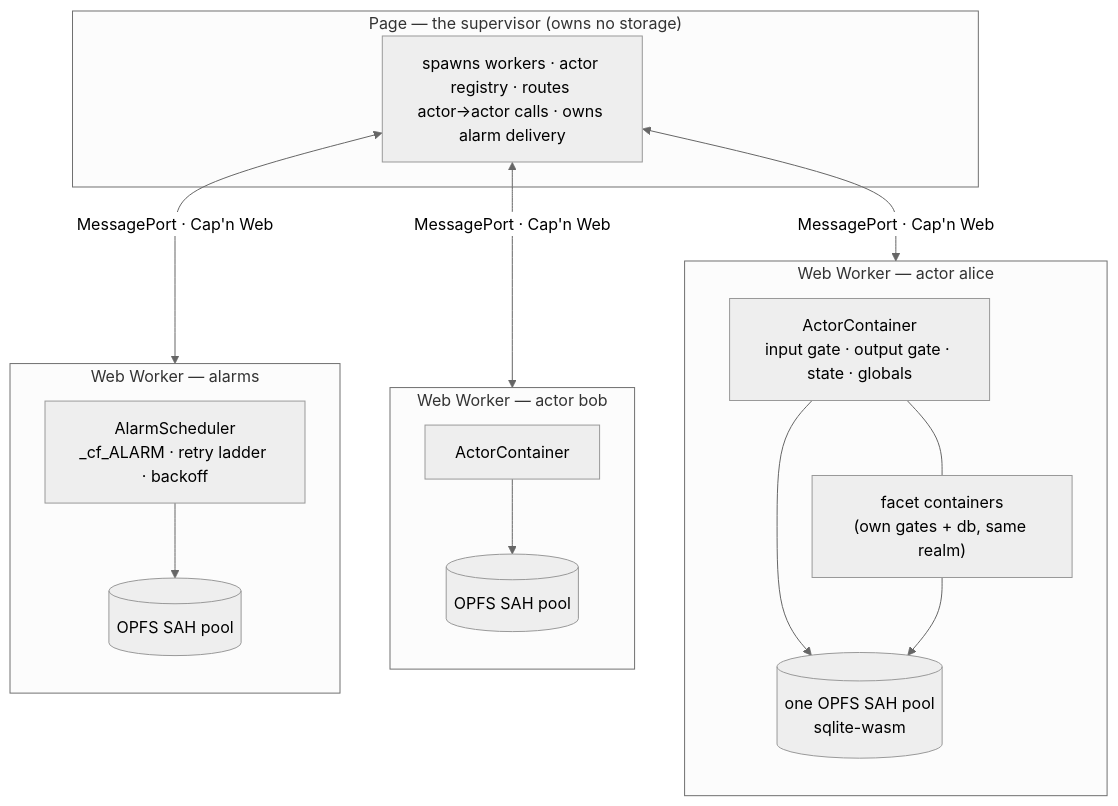
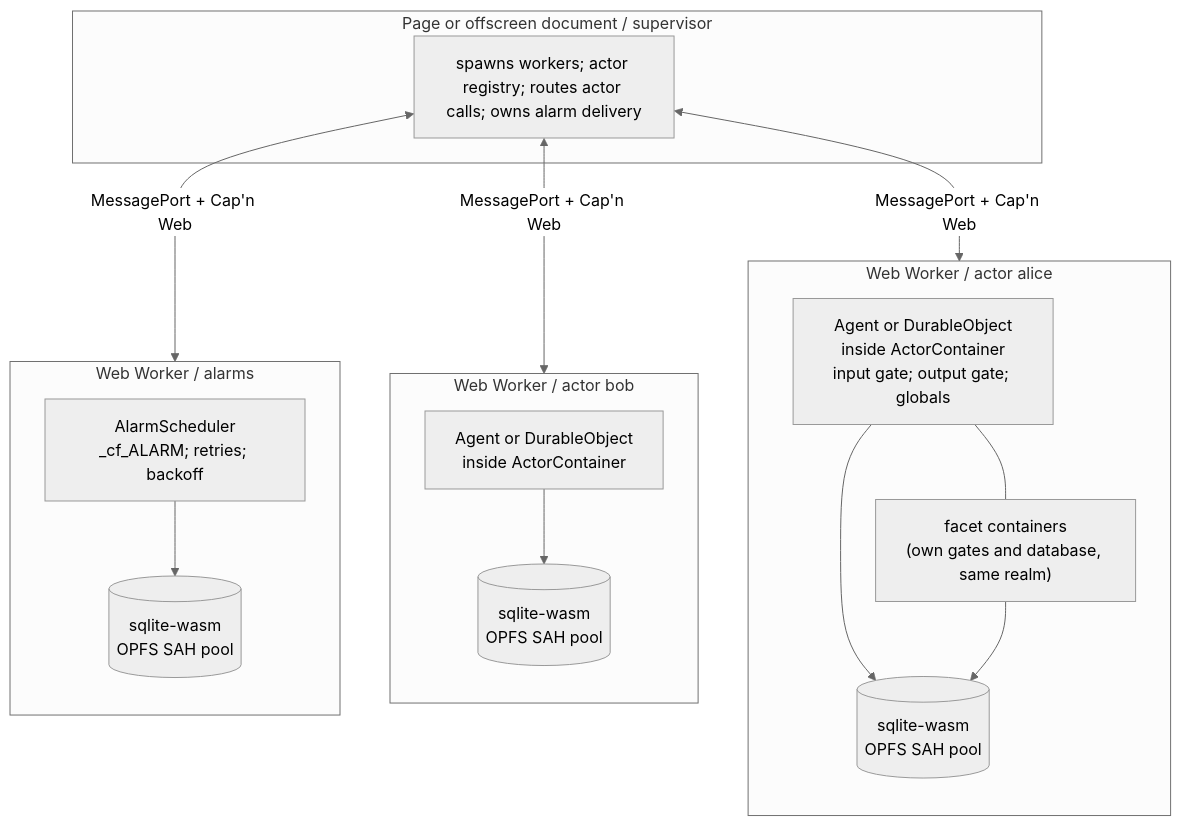
One commit to WebMCP-org/do-runtime changed the diagram in README.md. Above: the diagram before and after it, drawn with Mermaid (neutral theme). The commit also changed other lines of this file, not shown here.

````diff
--- a/README.md
+++ b/README.md
@@ -50,34 +68,34 @@
 ```mermaid
 flowchart TB
-  subgraph page["Page — the supervisor (owns no storage)"]
-    S["spawns workers · actor registry · routes actor→actor calls · owns alarm delivery"]
+  subgraph page["Page or offscreen document / supervisor"]
+    S["spawns workers; actor registry; routes actor calls; owns alarm delivery"]
   end
 
-  subgraph wa["Web Worker — actor alice"]
+  subgraph wa["Web Worker / actor alice"]
     direction TB
-    Ca["ActorContainer<br/>input gate · output gate · state · globals"]
-    Fa["facet containers<br/>(own gates + db, same realm)"]
-    Pa[("one OPFS SAH pool<br/>sqlite-wasm")]
+    Ca["Agent or DurableObject<br/>inside ActorContainer<br/>input gate; output gate; globals"]
+    Fa["facet containers<br/>(own gates and database, same realm)"]
+    Pa[("sqlite-wasm<br/>OPFS SAH pool")]
     Ca --- Fa
     Ca --> Pa
     Fa --> Pa
   end
 
-  subgraph wb["Web Worker — actor bob"]
+  subgraph wb["Web Worker / actor bob"]
     direction TB
-    Cb["ActorContainer"]
-    Pb[("OPFS SAH pool")]
+    Cb["Agent or DurableObject<br/>inside ActorContainer"]
+    Pb[("sqlite-wasm<br/>OPFS SAH pool")]
     Cb --> Pb
   end
 
-  subgraph wal["Web Worker — alarms"]
+  subgraph wal["Web Worker / alarms"]
     direction TB
-    A["AlarmScheduler<br/>_cf_ALARM · retry ladder · backoff"]
-    PA[("OPFS SAH pool")]
+    A["AlarmScheduler<br/>_cf_ALARM; retries; backoff"]
+    PA[("sqlite-wasm<br/>OPFS SAH pool")]
     A --> PA
   end
 
-  S <-- "MessagePort · Cap'n Web" --> Ca
-  S <-- "MessagePort · Cap'n Web" --> Cb
-  S <-- "MessagePort · Cap'n Web" --> A
+  S <-- "MessagePort + Cap'n Web" --> Ca
+  S <-- "MessagePort + Cap'n Web" --> Cb
+  S <-- "MessagePort + Cap'n Web" --> A
 ```
````
